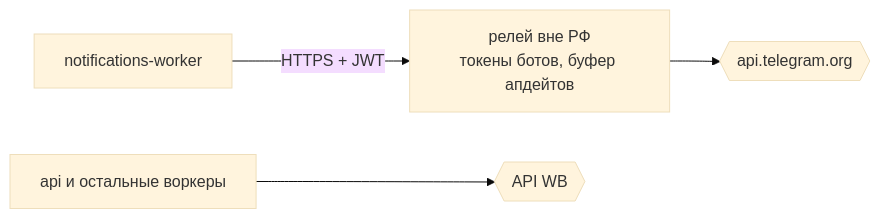
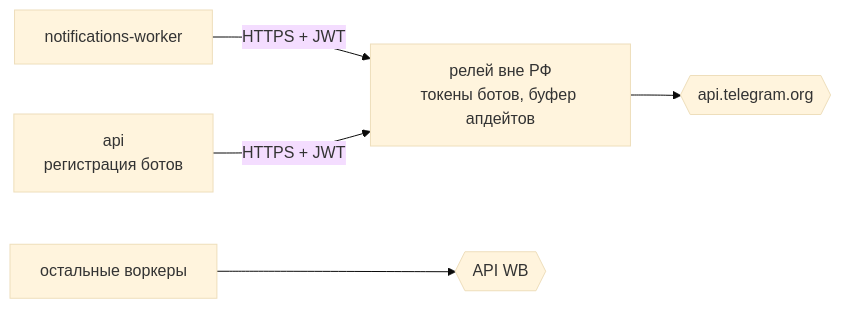
The second of 3 diagrams in docs/architecture/NETWORK_AND_EGRESS.md (krionefishy/karbi), drawn with Mermaid (base theme) before and after one commit. The commit also changed other lines of this file and 10 other files, not shown here.

````diff
--- a/docs/architecture/NETWORK_AND_EGRESS.md
+++ b/docs/architecture/NETWORK_AND_EGRESS.md
@@ -46,11 +46,13 @@
 ```mermaid
 flowchart LR
     worker["notifications-worker"]
+    api["api<br/>регистрация ботов"]
     relay["релей вне РФ<br/>токены ботов, буфер апдейтов"]
     tg{{"api.telegram.org"}}
-    others["api и остальные воркеры"]
+    others["остальные воркеры"]
     wb{{"API WB"}}
 
     worker -->|"HTTPS + JWT"| relay --> tg
+    api -->|"HTTPS + JWT"| relay
     others --> wb
 ```
````
